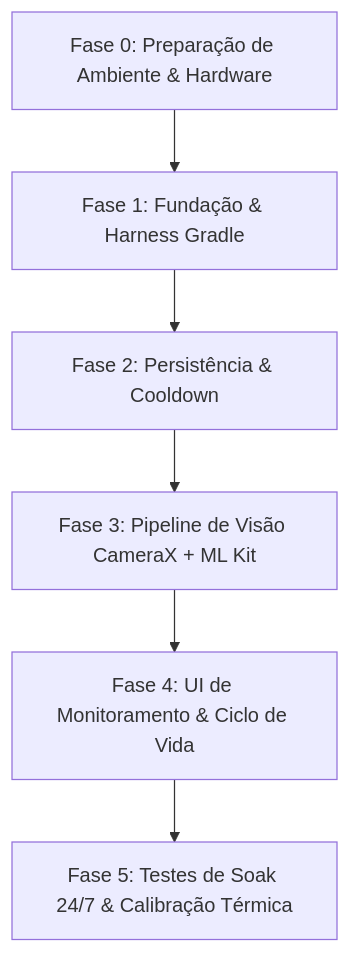
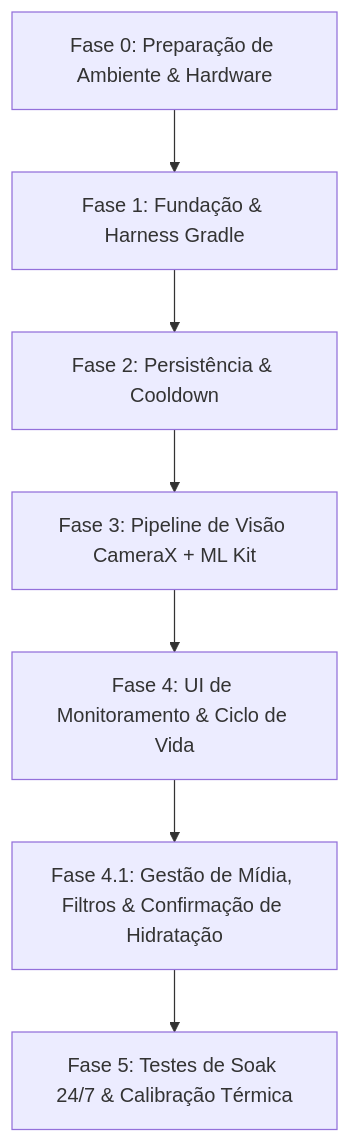
Before and after one commit to araujosemacento/CatWatch-A12: the diagram in AGENTS.md, drawn with Mermaid. The commit also changed other lines of this file and 14 other files, not shown here.

First line of the commit message:
feat: implementa Fase 4.1 com Dual-Snapshot, filtros, visualizador fullscreen e exclusão em lote

````diff
--- a/AGENTS.md
+++ b/AGENTS.md
@@ -42,8 +43,9 @@
 ```mermaid
 flowchart TD
     F0[Fase 0: Preparação de Ambiente & Hardware] --> F1[Fase 1: Fundação & Harness Gradle]
     F1 --> F2[Fase 2: Persistência & Cooldown]
     F2 --> F3[Fase 3: Pipeline de Visão CameraX + ML Kit]
     F3 --> F4[Fase 4: UI de Monitoramento & Ciclo de Vida]
-    F4 --> F5[Fase 5: Testes de Soak 24/7 & Calibração Térmica]
+    F4 --> F41[Fase 4.1: Gestão de Mídia, Filtros & Confirmação de Hidratação]
+    F41 --> F5[Fase 5: Testes de Soak 24/7 & Calibração Térmica]
 ```
````
